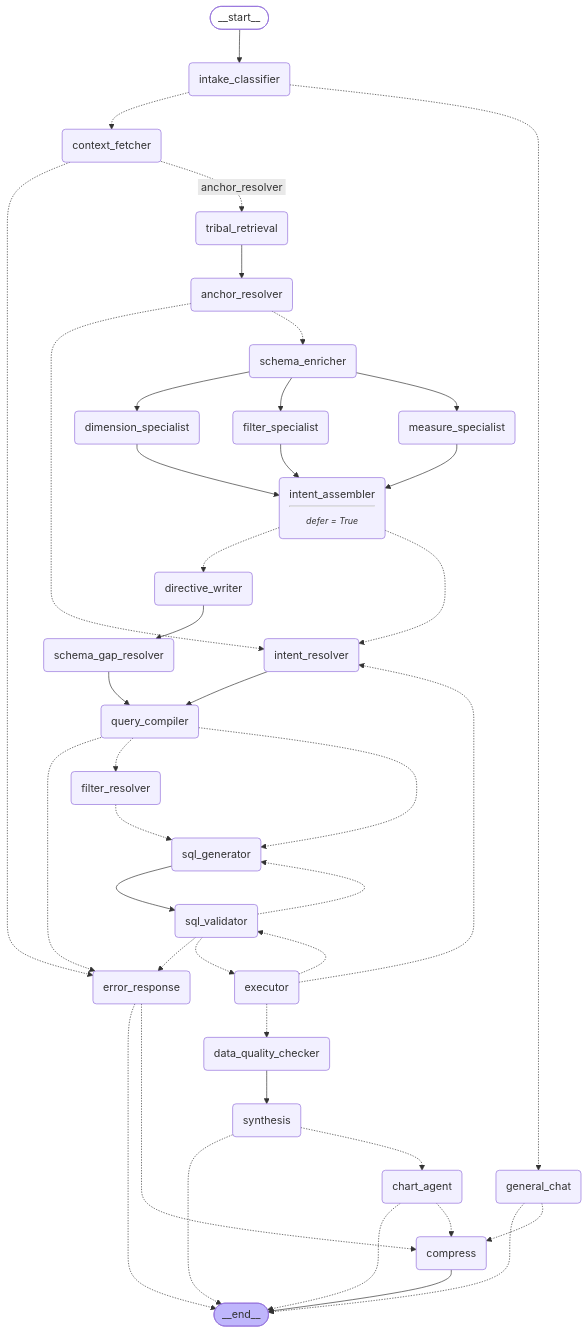
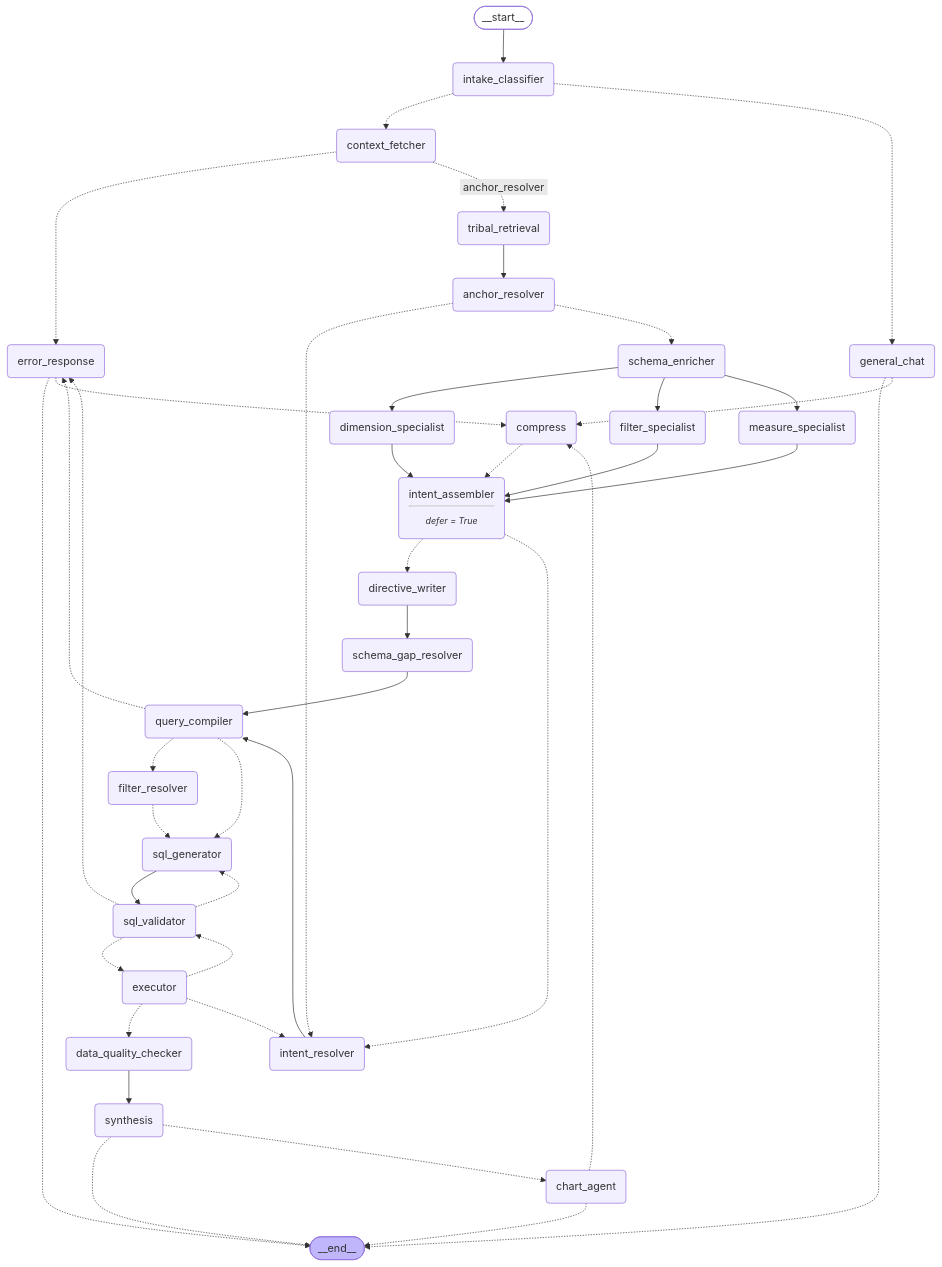
One commit to mayankdas2005/MTI-Brain changed the diagram in assets/analytics_graph.mmd. Above: the diagram before and after it, drawn with Mermaid. The commit also changed 31 other files, not shown here.

```diff
--- a/assets/analytics_graph.mmd
+++ b/assets/analytics_graph.mmd
@@ -1,69 +1,69 @@
 graph TD;
 	__start__([<p>__start__</p>]):::first
 	intake_classifier(intake_classifier)
 	general_chat(general_chat)
 	context_fetcher(context_fetcher)
 	tribal_retrieval(tribal_retrieval)
 	anchor_resolver(anchor_resolver)
 	schema_enricher(schema_enricher)
 	measure_specialist(measure_specialist)
 	filter_specialist(filter_specialist)
 	dimension_specialist(dimension_specialist)
 	intent_assembler(intent_assembler<hr/><small><em>defer = True</em></small>)
 	directive_writer(directive_writer)
 	schema_gap_resolver(schema_gap_resolver)
 	intent_resolver(intent_resolver)
 	query_compiler(query_compiler)
 	filter_resolver(filter_resolver)
 	sql_generator(sql_generator)
 	sql_validator(sql_validator)
 	executor(executor)
 	data_quality_checker(data_quality_checker)
 	synthesis(synthesis)
 	chart_agent(chart_agent)
 	error_response(error_response)
 	compress(compress)
 	__end__([<p>__end__</p>]):::last
 	__start__ --> intake_classifier;
 	anchor_resolver -.-> intent_resolver;
 	anchor_resolver -.-> schema_enricher;
 	chart_agent -.-> __end__;
 	chart_agent -.-> compress;
-	compress --> __end__;
+	compress -.-> intent_assembler;
 	context_fetcher -.-> error_response;
 	context_fetcher -. &nbsp;anchor_resolver&nbsp; .-> tribal_retrieval;
 	data_quality_checker --> synthesis;
 	dimension_specialist --> intent_assembler;
 	directive_writer --> schema_gap_resolver;
 	error_response -.-> __end__;
 	error_response -.-> compress;
 	executor -.-> data_quality_checker;
 	executor -.-> intent_resolver;
 	executor -.-> sql_validator;
 	filter_resolver -.-> sql_generator;
 	filter_specialist --> intent_assembler;
 	general_chat -.-> __end__;
 	general_chat -.-> compress;
 	intake_classifier -.-> context_fetcher;
 	intake_classifier -.-> general_chat;
 	intent_assembler -.-> directive_writer;
 	intent_assembler -.-> intent_resolver;
 	intent_resolver --> query_compiler;
 	measure_specialist --> intent_assembler;
 	query_compiler -.-> error_response;
 	query_compiler -.-> filter_resolver;
 	query_compiler -.-> sql_generator;
 	schema_enricher --> dimension_specialist;
 	schema_enricher --> filter_specialist;
 	schema_enricher --> measure_specialist;
 	schema_gap_resolver --> query_compiler;
 	sql_generator --> sql_validator;
 	sql_validator -.-> error_response;
 	sql_validator -.-> executor;
 	sql_validator -.-> sql_generator;
 	synthesis -.-> __end__;
 	synthesis -.-> chart_agent;
 	tribal_retrieval --> anchor_resolver;
 	classDef default fill:#f2f0ff,line-height:1.2
 	classDef first fill-opacity:0
 	classDef last fill:#bfb6fc
```
